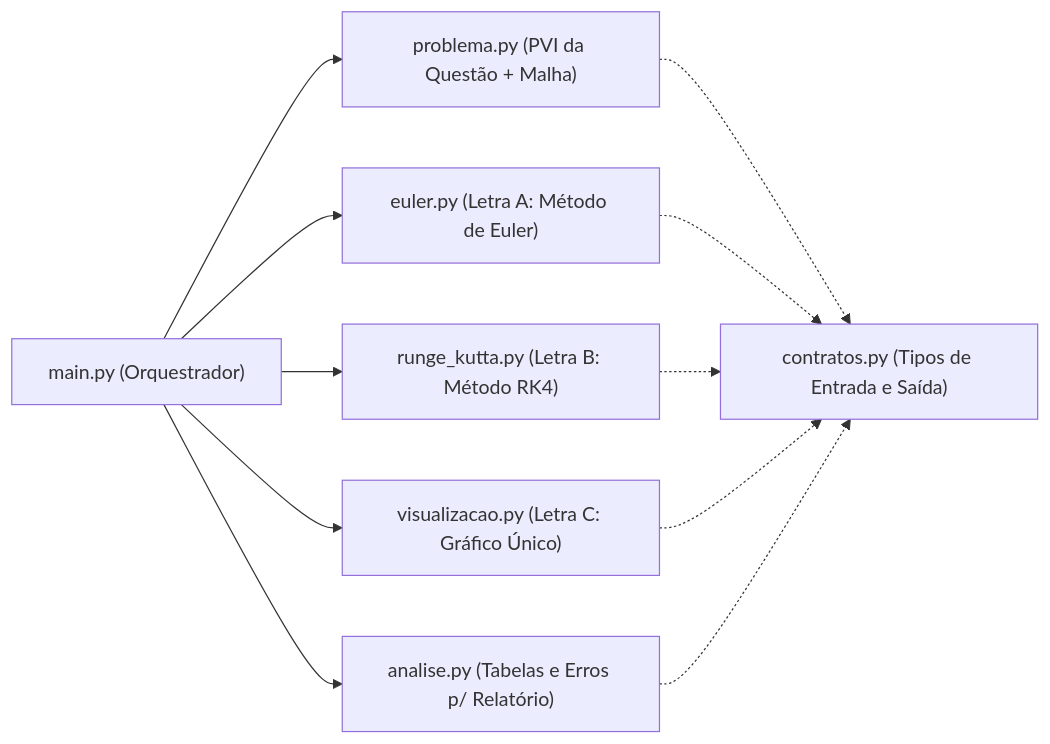
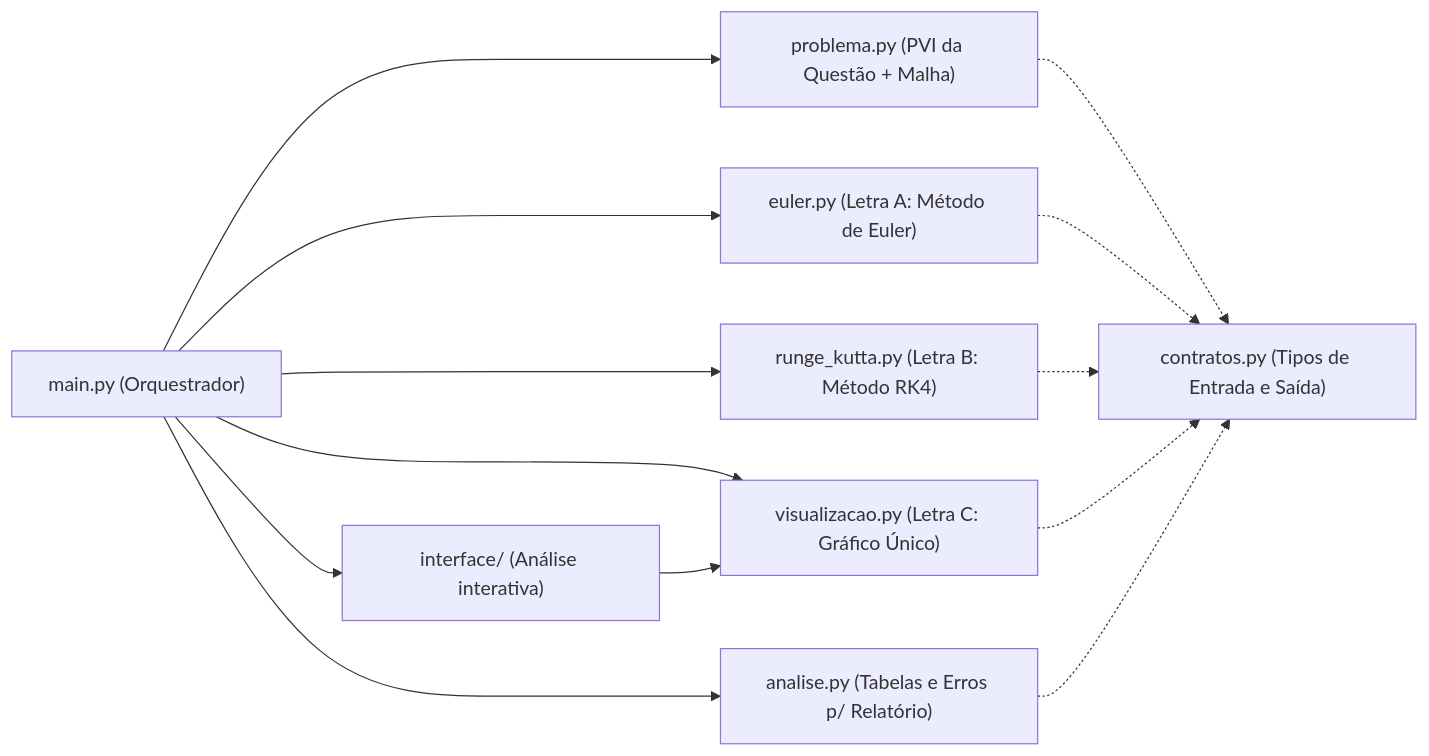
One commit to jorgeribeiru/projeto-modelagem changed the diagram in README.md. Above: the diagram before and after it, drawn with Mermaid. The commit also changed other lines of this file, not shown here.

Commit message:
docs: document how to run the chart and the interactive window

````diff
--- a/README.md
+++ b/README.md
@@ -53,21 +69,24 @@
 ```mermaid
 flowchart LR
     main["main.py (Orquestrador)"]
     contratos["contratos.py (Tipos de Entrada e Saída)"]
     prob["problema.py (PVI da Questão + Malha)"]
     euler["euler.py (Letra A: Método de Euler)"]
     rk4["runge_kutta.py (Letra B: Método RK4)"]
     vis["visualizacao.py (Letra C: Gráfico Único)"]
     analise["analise.py (Tabelas e Erros p/ Relatório)"]
+    ui["interface/ (Análise interativa)"]
 
     main --> prob
     main --> euler
     main --> rk4
     main --> vis
     main --> analise
+    main --> ui
+    ui --> vis
     prob -.-> contratos
     euler -.-> contratos
     rk4 -.-> contratos
     vis -.-> contratos
     analise -.-> contratos
 ```
````
